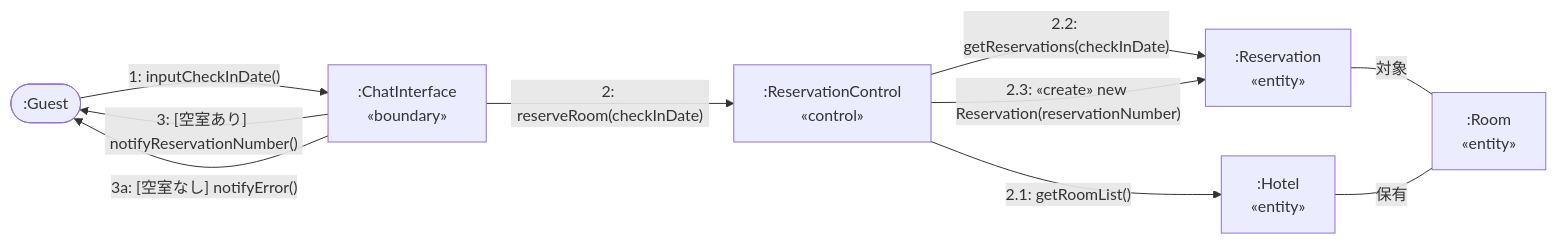
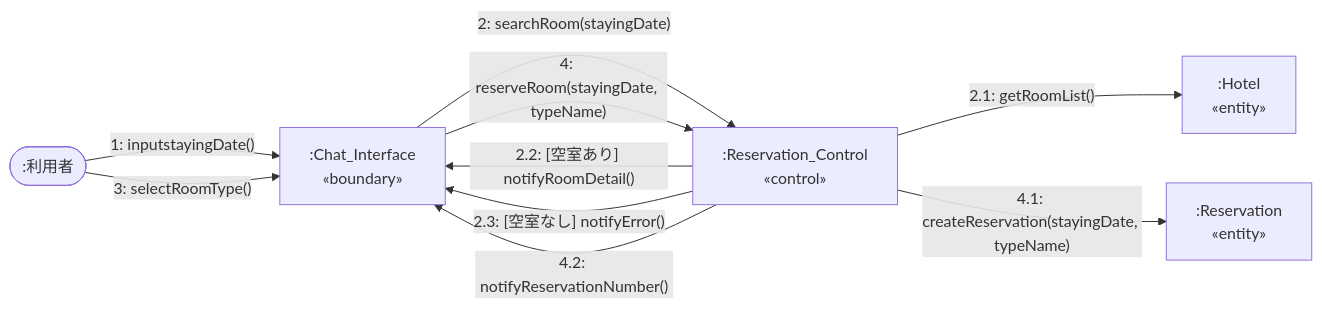
Before and after one commit to Kohki-tyl/HRS: the first of 4 diagrams in System_Analysis.md, drawn with Mermaid. The commit also changed other lines of this file and 1 other file, not shown here.

Commit message:
予約のコミュニケーション図を作成

````diff
--- a/System_Analysis.md
+++ b/System_Analysis.md
@@ -41,19 +41,23 @@
 ```mermaid
 flowchart LR
-    G([":Guest"])
-    B[":ChatInterface<br/>«boundary»"]
-    C[":ReservationControl<br/>«control»"]
+    G([":利用者"])
+    B[":Chat_Interface<br/>«boundary»"]
+    C[":Reservation_Control<br/>«control»"]
     H[":Hotel<br/>«entity»"]
     RV[":Reservation<br/>«entity»"]
-    RM[":Room<br/>«entity»"]
 
-    G -->|"1: inputCheckInDate()"| B
-    B -->|"2: reserveRoom(checkInDate)"| C
+    %% フェーズ1：宿泊日入力と空室検索
+    G -->|"1: inputstayingDate()"| B
+    B -->|"2: searchRoom(stayingDate)"| C
     C -->|"2.1: getRoomList()"| H
-    C -->|"2.2: getReservations(checkInDate)"| RV
-    C -->|"2.3: «create» new Reservation(reservationNumber)"| RV
-    B -->|"3: [空室あり] notifyReservationNumber()"| G
-    B -->|"3a: [空室なし] notifyError()"| G
-    RV ---|"対象"| RM
-    H ---|"保有"| RM
+
+    %% 条件分岐の通知
+    C -->|"2.2: [空室あり] notifyRoomDetail()"| B
+    C -->|"2.3: [空室なし] notifyError()"| B
+
+    %% フェーズ2：部屋タイプ選択と予約確定
+    G -->|"3: selectRoomType()"| B
+    B -->|"4: reserveRoom(stayingDate, typeName)"| C
+    C -->|"4.1: createReservation(stayingDate, typeName)"| RV
+    C -->|"4.2: notifyReservationNumber()"| B
 ```
````
